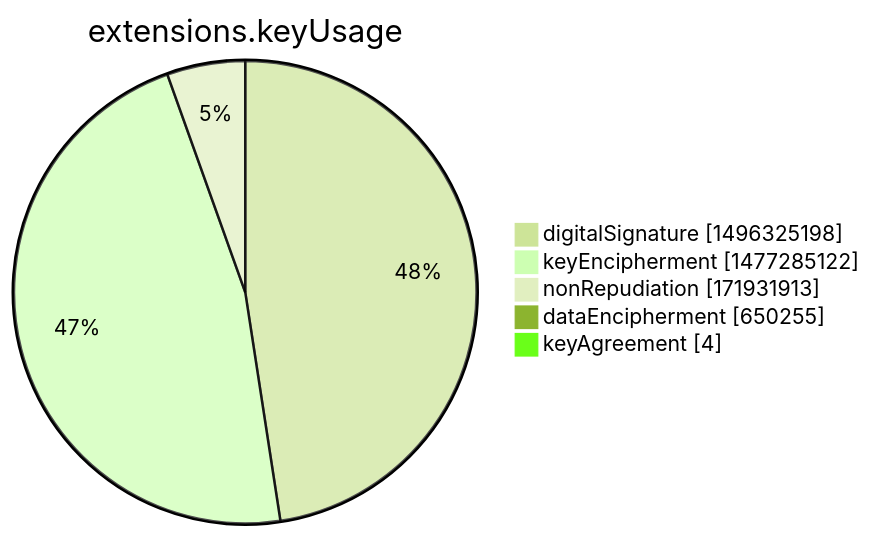
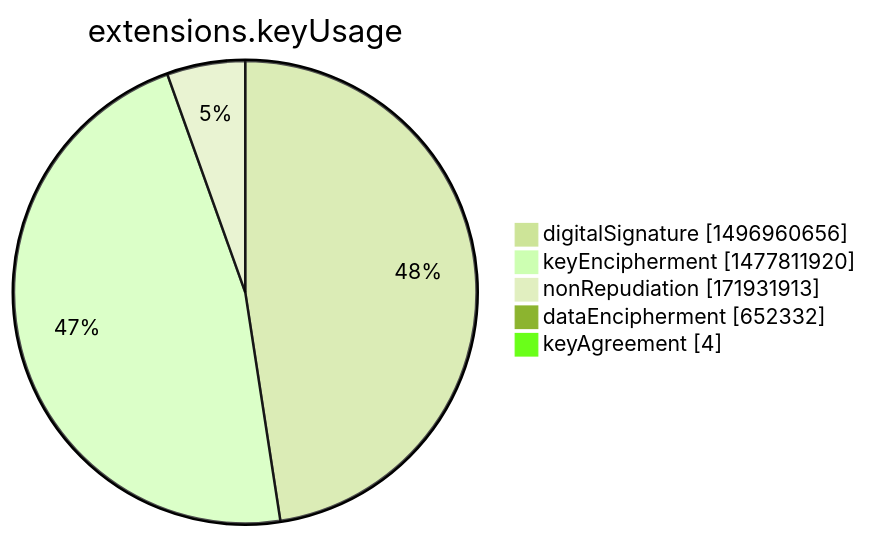
The seventh of 15 diagrams in argon2022/README.md (christiankrug/ctmonitor_visualization), drawn with Mermaid (forest theme) before and after one commit. The commit also changed other lines of this file, not shown here.

````diff
--- a/argon2022/README.md
+++ b/argon2022/README.md
@@ -2751,9 +2751,9 @@
 ```mermaid
 pie showData
 title extensions.keyUsage
-"digitalSignature" :1496325198
-"keyEncipherment" :1477285122
+"digitalSignature" :1496960656
+"keyEncipherment" :1477811920
 "nonRepudiation" :171931913
-"dataEncipherment" :650255
+"dataEncipherment" :652332
 "keyAgreement" :4
 ```
````
